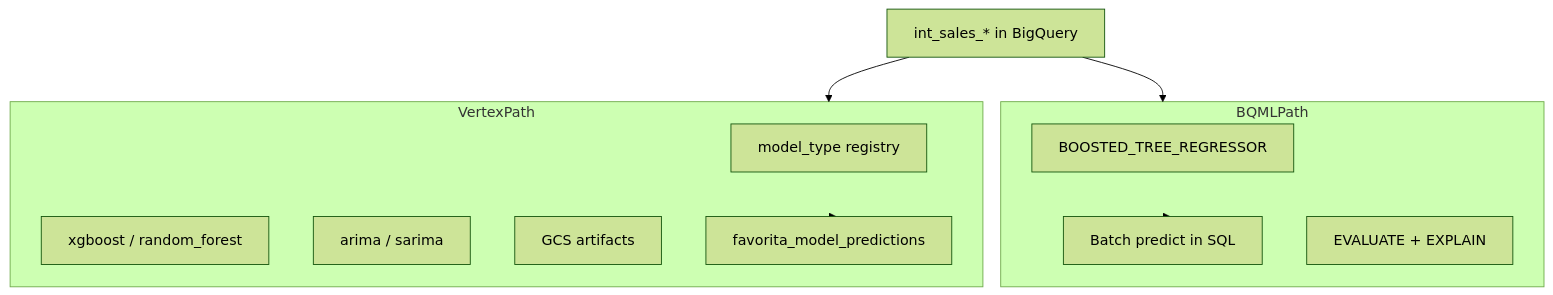
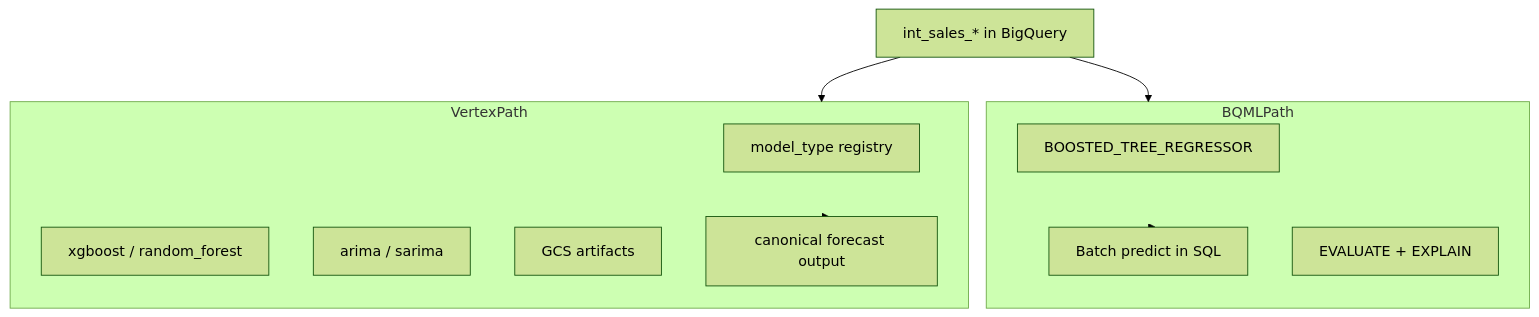
The third of 5 diagrams in docs/reference_architecture.md (the-datastrategist/tds-dbt-favorita), drawn with Mermaid (forest theme) before and after one commit. The commit also changed other lines of this file and 20 other files, not shown here.

````diff
--- a/docs/reference_architecture.md
+++ b/docs/reference_architecture.md
@@ -107,24 +109,24 @@
 ```mermaid
 flowchart TB
   Features[int_sales_* in BigQuery]
 
   Features --> BQMLPath[BigQuery ML path]
   Features --> VertexPath[Vertex custom path]
 
   subgraph BQMLPath
     BT[BOOSTED_TREE_REGRESSOR]
     BQPred[Batch predict in SQL]
     BQEval[EVALUATE + EXPLAIN]
   end
 
   subgraph VertexPath
     Registry[model_type registry]
     XGB[xgboost / random_forest]
     TS[arima / sarima]
     GCSArt[GCS artifacts]
-    Unified[favorita_model_predictions]
+    Unified[canonical forecast output]
   end
 
   BQMLPath --> BQPred
   VertexPath --> Unified
 ```
````
